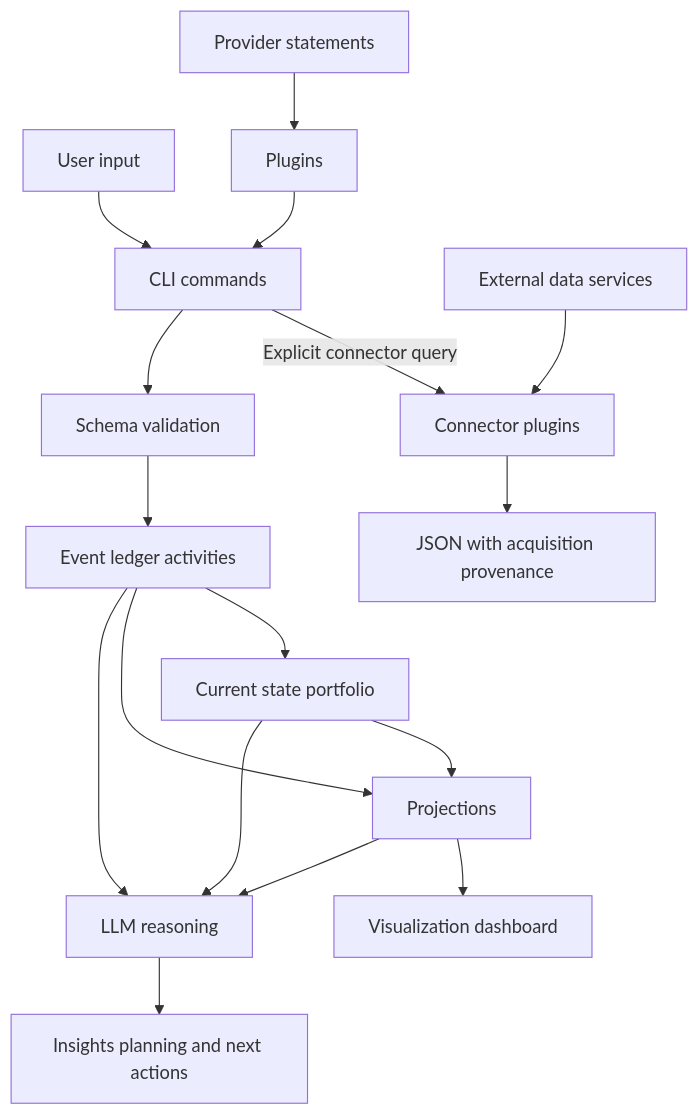
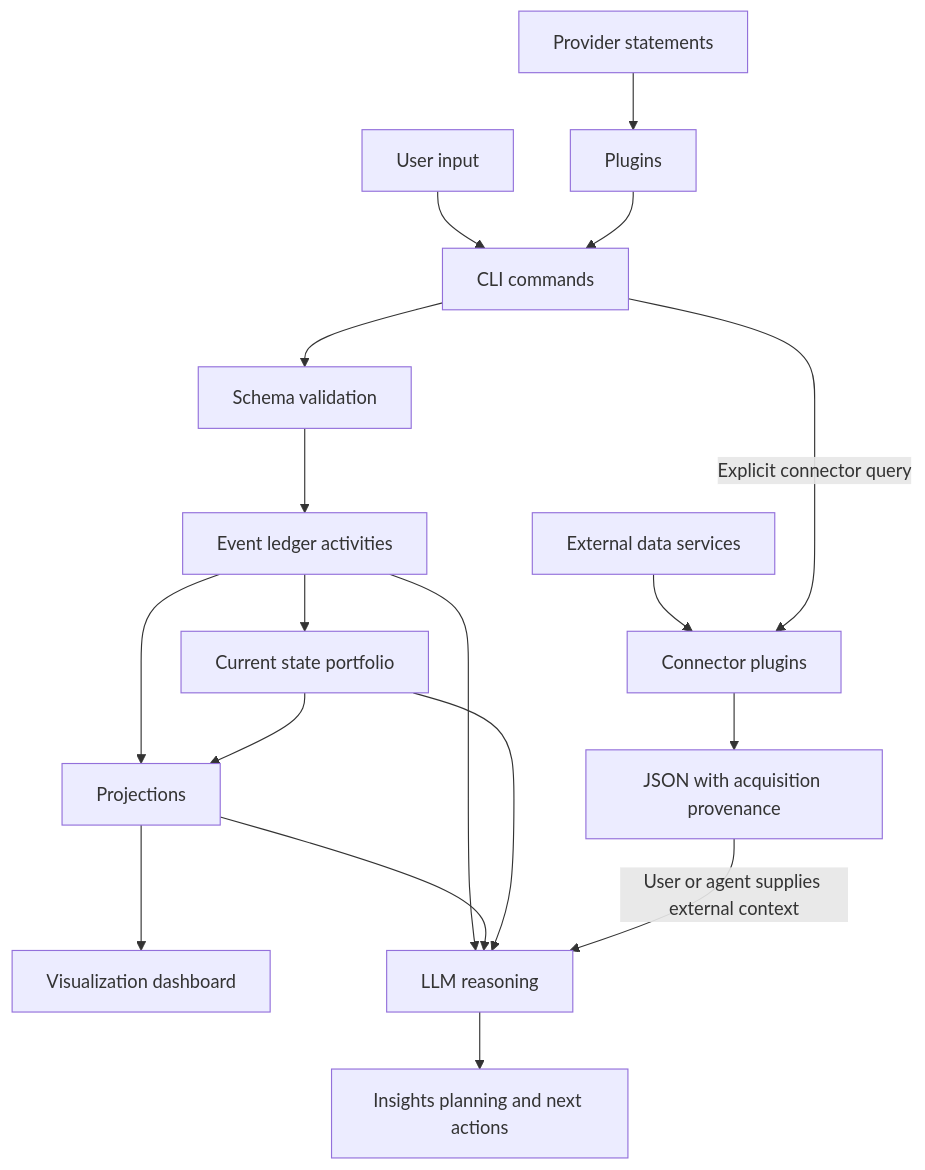
One commit to ricardocabral/rikdom changed the diagram in README.md. Above: the diagram before and after it, drawn with Mermaid. The commit also changed other lines of this file and 24 other files, not shown here.

````diff
--- a/README.md
+++ b/README.md
@@ -65,23 +65,24 @@
 ```mermaid
 flowchart TD
   U["User input"] --> C["CLI commands"]
   S["Provider statements"] --> P["Plugins"]
   P --> C
 
   D["External data services"] --> DC["Connector plugins"]
   C -->|Explicit connector query| DC
   DC --> Q["JSON with acquisition provenance"]
 
   C --> V["Schema validation"]
   V --> E["Event ledger activities"]
   E --> T["Current state portfolio"]
   E --> R["Projections"]
   T --> R
 
   R --> Z["Visualization dashboard"]
   E --> L["LLM reasoning"]
   R --> L
   T --> L
+  Q -->|User or agent supplies external context| L
 
   L --> A["Insights planning and next actions"]
 ```
````
